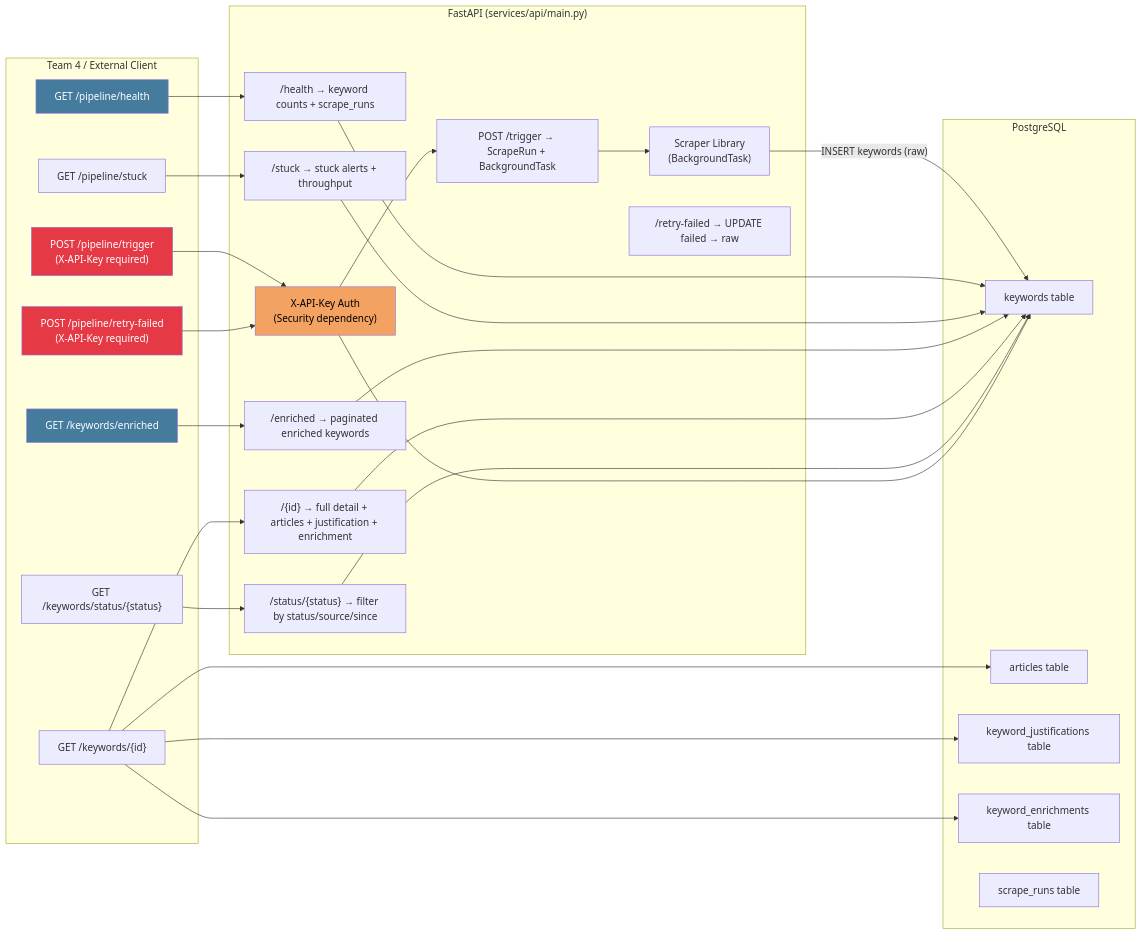
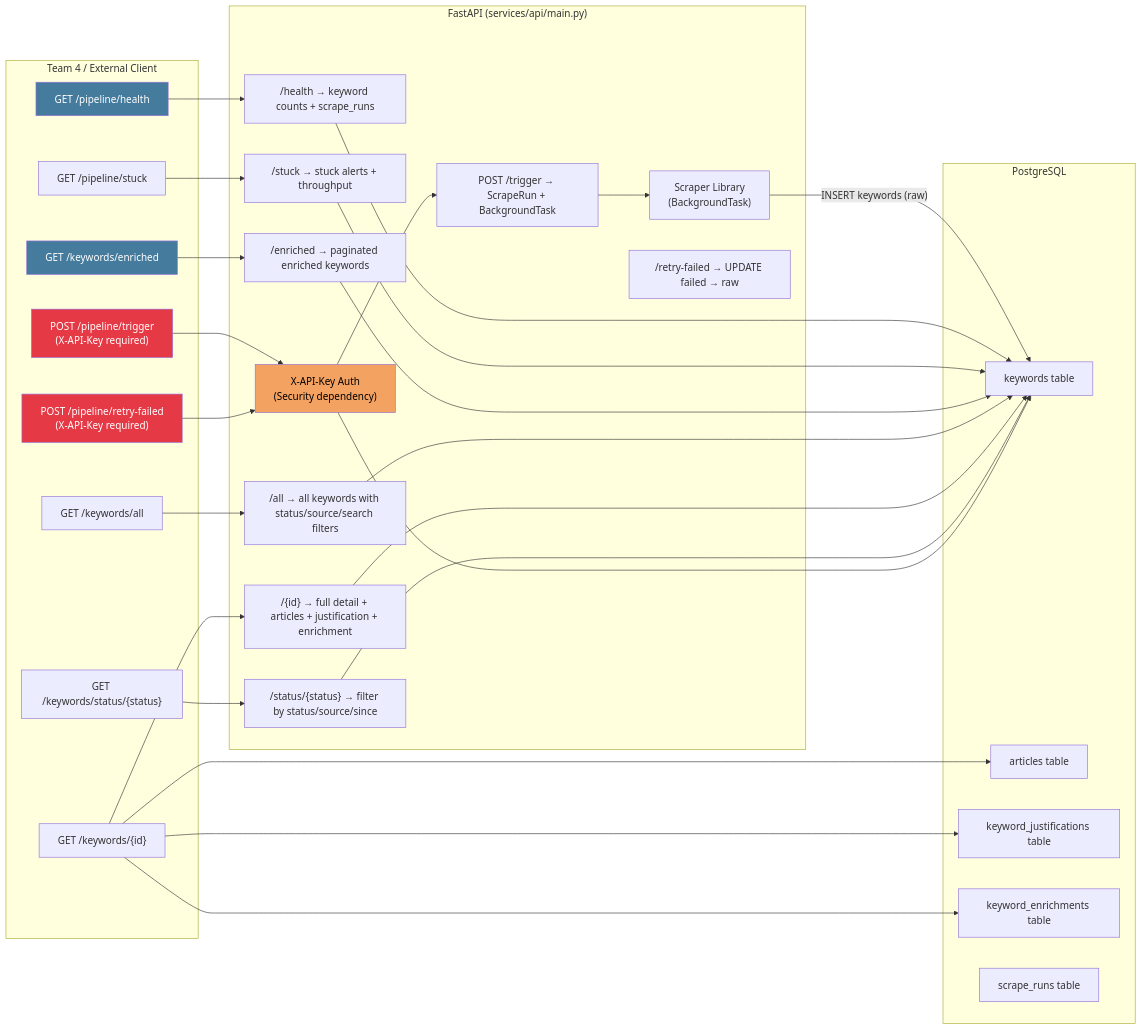
Before and after one commit to danarfthr/aitf-keyword-scraper: the fifth of 11 diagrams in docs/architecture_diagrams.md, drawn with Mermaid. The commit also changed other lines of this file and 6 other files, not shown here.

First line of the commit message:
feat(api): add GET /keywords/all endpoint for cross-status filtering

````diff
--- a/docs/architecture_diagrams.md
+++ b/docs/architecture_diagrams.md
@@ -222,51 +223,54 @@
 ```mermaid
 graph LR
     subgraph "Team 4 / External Client"
         TRIGGER["POST /pipeline/trigger\n(X-API-Key required)"]
         HEALTH["GET /pipeline/health"]
         STUCK["GET /pipeline/stuck"]
         ENRICHED["GET /keywords/enriched"]
+        ALL["GET /keywords/all"]
         DETAIL["GET /keywords/{id}"]
         STATUS["GET /keywords/status/{status}"]
         RETRY["POST /pipeline/retry-failed\n(X-API-Key required)"]
     end
 
     subgraph "FastAPI (services/api/main.py)"
         AUTH["X-API-Key Auth\n(Security dependency)"]
         TRIG["POST /trigger → ScrapeRun + BackgroundTask"]
         SCR["Scraper Library\n(BackgroundTask)"]
         HLTH["/health → keyword counts + scrape_runs"]
         STCK["/stuck → stuck alerts + throughput"]
         ENRCH["/enriched → paginated enriched keywords"]
         DTL["/{id} → full detail + articles + justification + enrichment"]
         STAT["/status/{status} → filter by status/source/since"]
+        ALL_EP["/all → all keywords with status/source/search filters"]
         RTRY["/retry-failed → UPDATE failed → raw"]
     end
 
     subgraph "PostgreSQL"
         KW["keywords table"]
         ART["articles table"]
         JUST["keyword_justifications table"]
         ENR["keyword_enrichments table"]
         RUN["scrape_runs table"]
     end
 
     TRIGGER --> AUTH --> TRIG --> SCR
     SCR -->|"INSERT keywords (raw)"| KW
 
     HEALTH --> HLTH --> KW
     STUCK --> STCK --> KW
     ENRICHED --> ENRCH --> KW
+    ALL --> ALL_EP --> KW
     DETAIL --> DTL --> KW
     DETAIL --> ART
     DETAIL --> JUST
     DETAIL --> ENR
     STATUS --> STAT --> KW
     RETRY --> AUTH --> KW
 
     style TRIGGER fill:#e63946,color:#fff
     style RETRY fill:#e63946,color:#fff
     style HEALTH fill:#457b9d,color:#fff
     style ENRICHED fill:#457b9d,color:#fff
     style AUTH fill:#f4a261,color:#000
 ```
````
